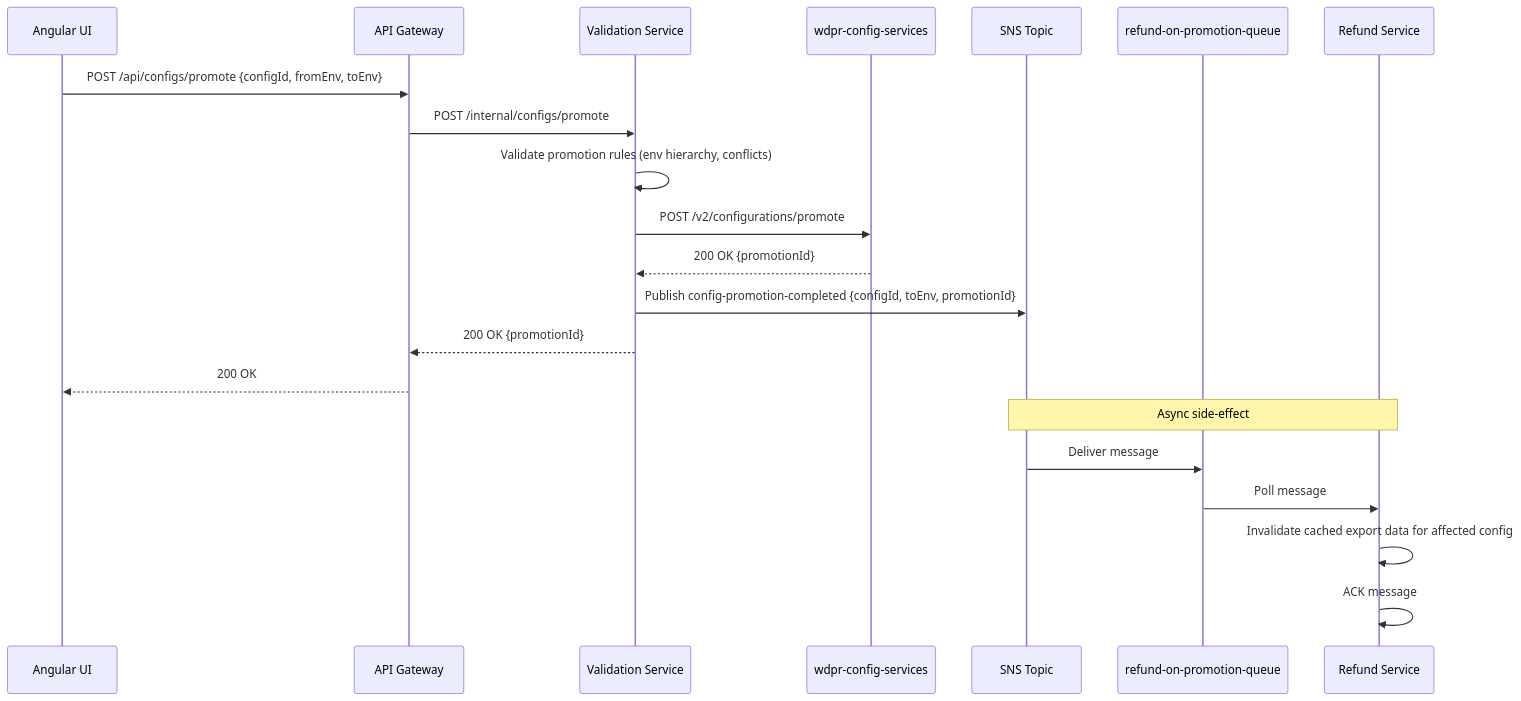
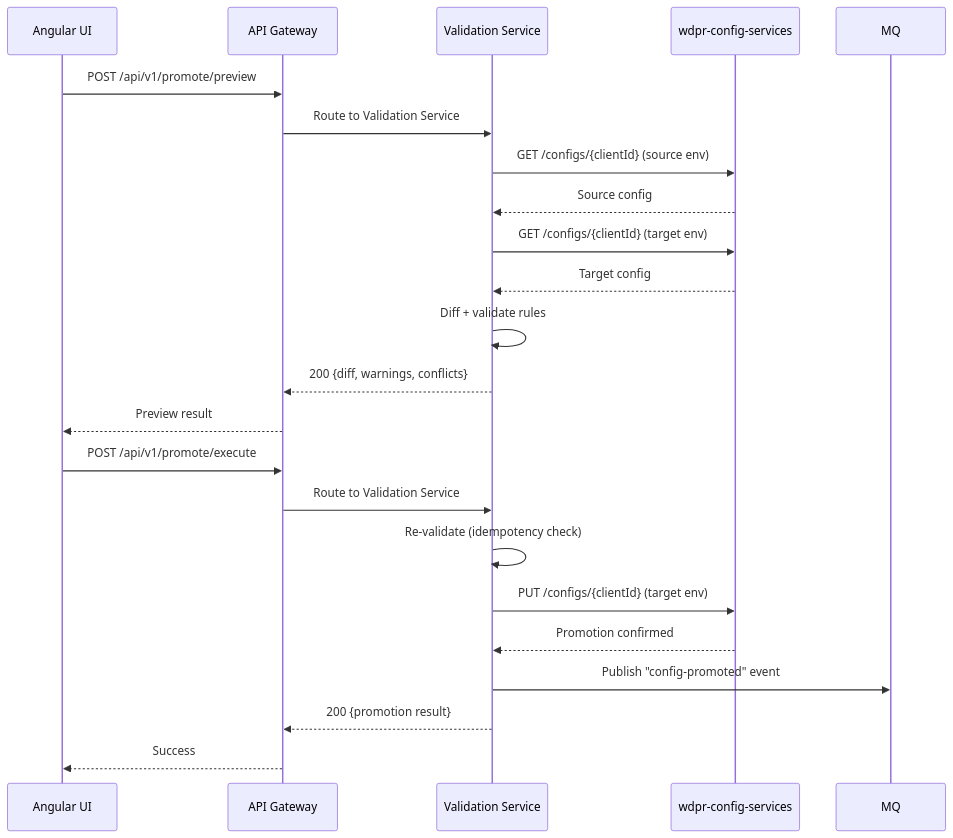
One commit to rsanchez-disney/steer-runtime changed the fifth of 9 diagrams in tests/orchestration/architecture_spec_agent.md. Above: the diagram before and after it, drawn with Mermaid. The commit also changed other lines of this file and 11 other files, not shown here.

````diff
--- a/tests/orchestration/architecture_spec_agent.md
+++ b/tests/orchestration/architecture_spec_agent.md
@@ -310,25 +180,26 @@
 ```mermaid
 sequenceDiagram
-    participant Client as Angular UI
+    participant UI as Angular UI
     participant GW as API Gateway
     participant VS as Validation Service
-    participant BE as wdpr-config-services
-    participant SNS as SNS Topic
-    participant SQS as refund-on-promotion-queue
-    participant RS as Refund Service
+    participant CS as wdpr-config-services
 
-    Client->>GW: POST /api/configs/promote {configId, fromEnv, toEnv}
-    GW->>VS: POST /internal/configs/promote
-    VS->>VS: Validate promotion rules (env hierarchy, conflicts)
-    VS->>BE: POST /v2/configurations/promote
-    BE-->>VS: 200 OK {promotionId}
-    VS->>SNS: Publish config-promotion-completed {configId, toEnv, promotionId}
-    VS-->>GW: 200 OK {promotionId}
-    GW-->>Client: 200 OK
+    UI->>GW: POST /api/v1/promote/preview
+    GW->>VS: Route to Validation Service
+    VS->>CS: GET /configs/{clientId} (source env)
+    CS-->>VS: Source config
+    VS->>CS: GET /configs/{clientId} (target env)
+    CS-->>VS: Target config
+    VS->>VS: Diff + validate rules
+    VS-->>GW: 200 {diff, warnings, conflicts}
+    GW-->>UI: Preview result
 
-    Note over SNS,RS: Async side-effect
-    SNS->>SQS: Deliver message
-    SQS->>RS: Poll message
-    RS->>RS: Invalidate cached export data for affected config
-    RS->>RS: ACK message
+    UI->>GW: POST /api/v1/promote/execute
+    GW->>VS: Route to Validation Service
+    VS->>VS: Re-validate (idempotency check)
+    VS->>CS: PUT /configs/{clientId} (target env)
+    CS-->>VS: Promotion confirmed
+    VS->>MQ: Publish "config-promoted" event
+    VS-->>GW: 200 {promotion result}
+    GW-->>UI: Success
 ```
````
